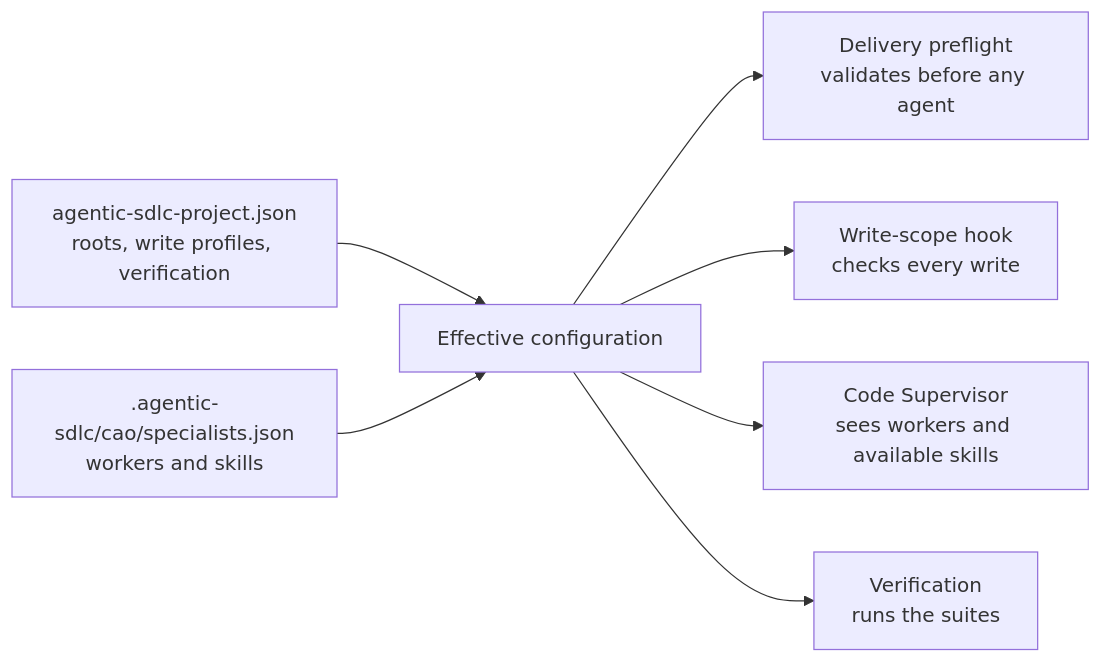
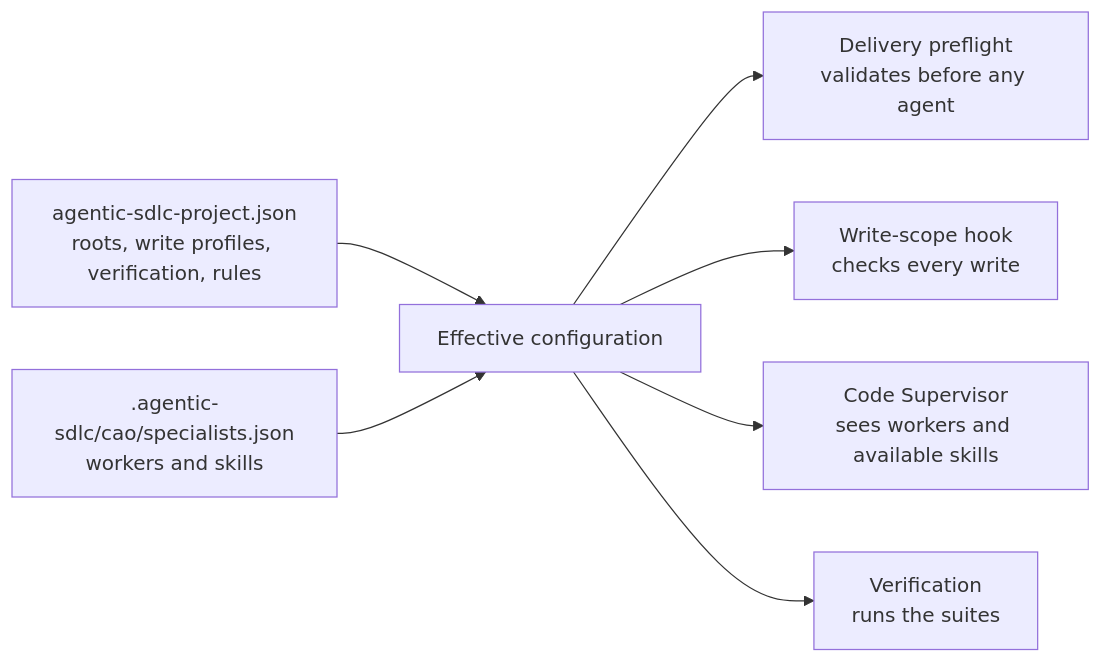
Before and after one commit to somr/awscao_agenticwflw: the fourth of 4 diagrams in agentic-sdlc-docs/workflows/delivery.md, drawn with Mermaid. The commit also changed other lines of this file and 15 other files, not shown here.

First line of the commit message:
Document project rules for the reviewers

````diff
--- a/agentic-sdlc-docs/workflows/delivery.md
+++ b/agentic-sdlc-docs/workflows/delivery.md
@@ -367,9 +372,9 @@
 ```mermaid
 flowchart LR
-    PF["agentic-sdlc-project.json<br/>roots, write profiles, verification"] --> M["Effective configuration"]
+    PF["agentic-sdlc-project.json<br/>roots, write profiles, verification, rules"] --> M["Effective configuration"]
     R[".agentic-sdlc/cao/specialists.json<br/>workers and skills"] --> M
     M --> P["Delivery preflight<br/>validates before any agent"]
     M --> H["Write-scope hook<br/>checks every write"]
     M --> S["Code Supervisor<br/>sees workers and available skills"]
     M --> V["Verification<br/>runs the suites"]
 ```
````
